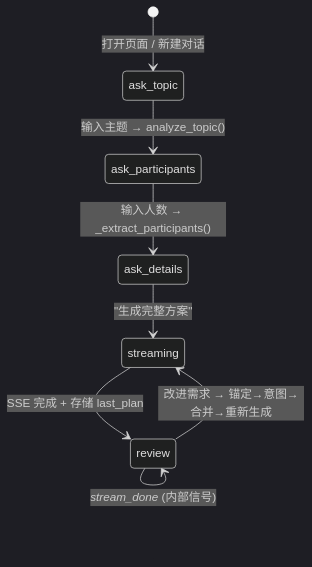
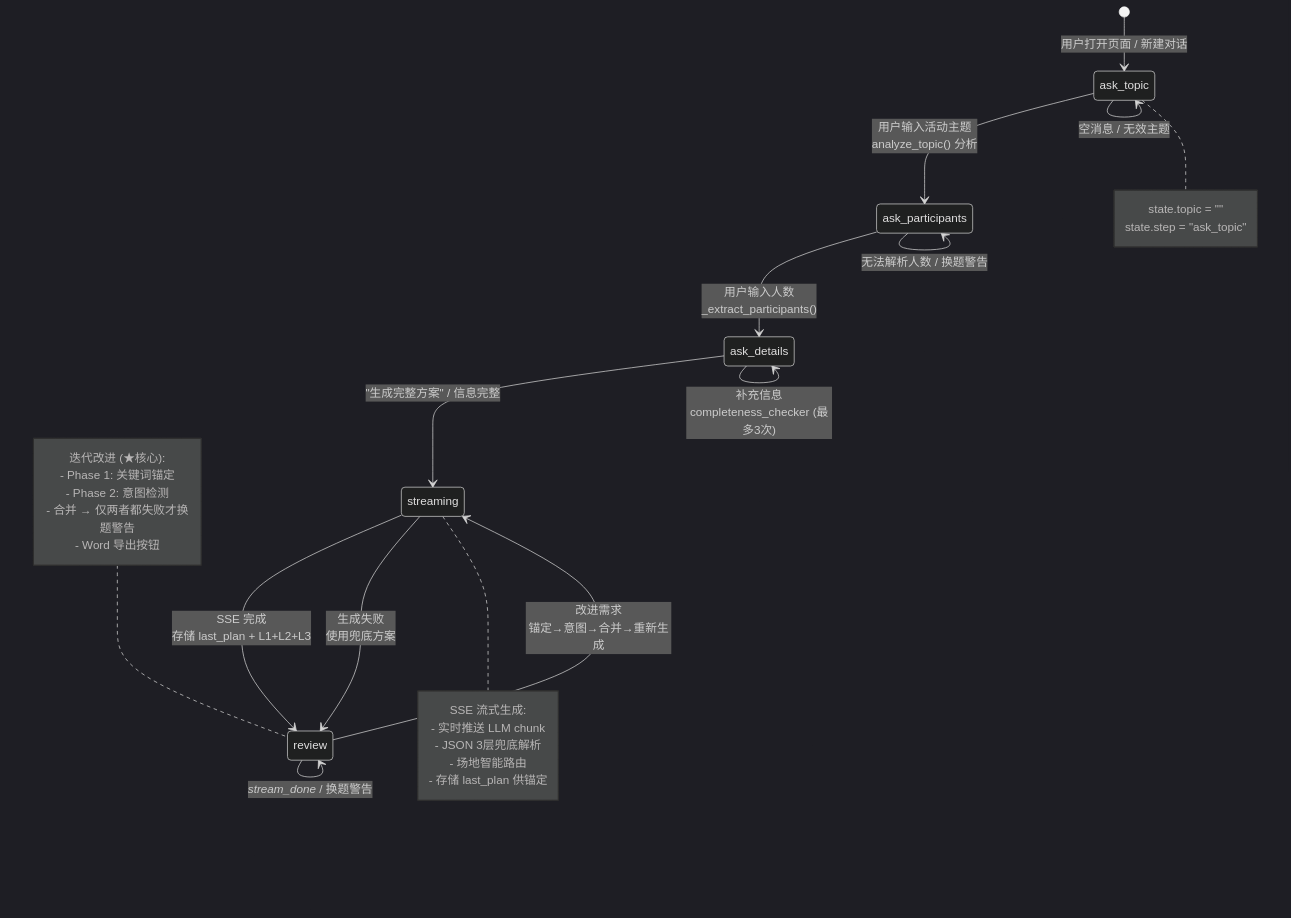
One commit to shuda-li/Campus-Compass changed the third of 12 diagrams in Campus-Compass-完整工作流文档.md. Above: the diagram before and after it, drawn with Mermaid (dark theme). The commit also changed other lines of this file, not shown here.

Commit message:
docs: 完整工作流文档——基于原结构更新, 新增Plan-Aware锚定/意图检测/Word导出/场地路由, 移除导航/Tavily

````diff
--- a/Campus-Compass-完整工作流文档.md
+++ b/Campus-Compass-完整工作流文档.md
@@ -331,10 +1168,40 @@
 ```mermaid
 stateDiagram-v2
-    [*] --> ask_topic: 打开页面 / 新建对话
-    ask_topic --> ask_participants: 输入主题 → analyze_topic()
-    ask_participants --> ask_details: 输入人数 → _extract_participants()
-    ask_details --> streaming: "生成完整方案"
-    streaming --> review: SSE 完成 + 存储 last_plan
-    review --> streaming: 改进需求 → 锚定→意图→合并→重新生成
-    review --> review: _stream_done_ (内部信号)
+    [*] --> ask_topic: 用户打开页面 / 新建对话
+
+    ask_topic --> ask_participants: 用户输入活动主题<br/>analyze_topic() 分析
+    ask_topic --> ask_topic: 空消息 / 无效主题
+
+    ask_participants --> ask_details: 用户输入人数<br/>_extract_participants()
+    ask_participants --> ask_participants: 无法解析人数 / 换题警告
+
+    ask_details --> streaming: "生成完整方案" / 信息完整
+    ask_details --> ask_details: 补充信息<br/>completeness_checker (最多3次)
+
+    streaming --> review: SSE 完成<br/>存储 last_plan + L1+L2+L3
+    streaming --> review: 生成失败<br/>使用兜底方案
+
+    review --> streaming: 改进需求<br/>锚定→意图→合并→重新生成
+    review --> review: _stream_done_ / 换题警告
+
+    note right of ask_topic
+        state.topic = ""
+        state.step = "ask_topic"
+    end note
+
+    note right of streaming
+        SSE 流式生成:
+        - 实时推送 LLM chunk
+        - JSON 3层兜底解析
+        - 场地智能路由
+        - 存储 last_plan 供锚定
+    end note
+
+    note left of review
+        迭代改进 (★核心):
+        - Phase 1: 关键词锚定
+        - Phase 2: 意图检测
+        - 合并 → 仅两者都失败才换题警告
+        - Word 导出按钮
+    end note
 ```
````
